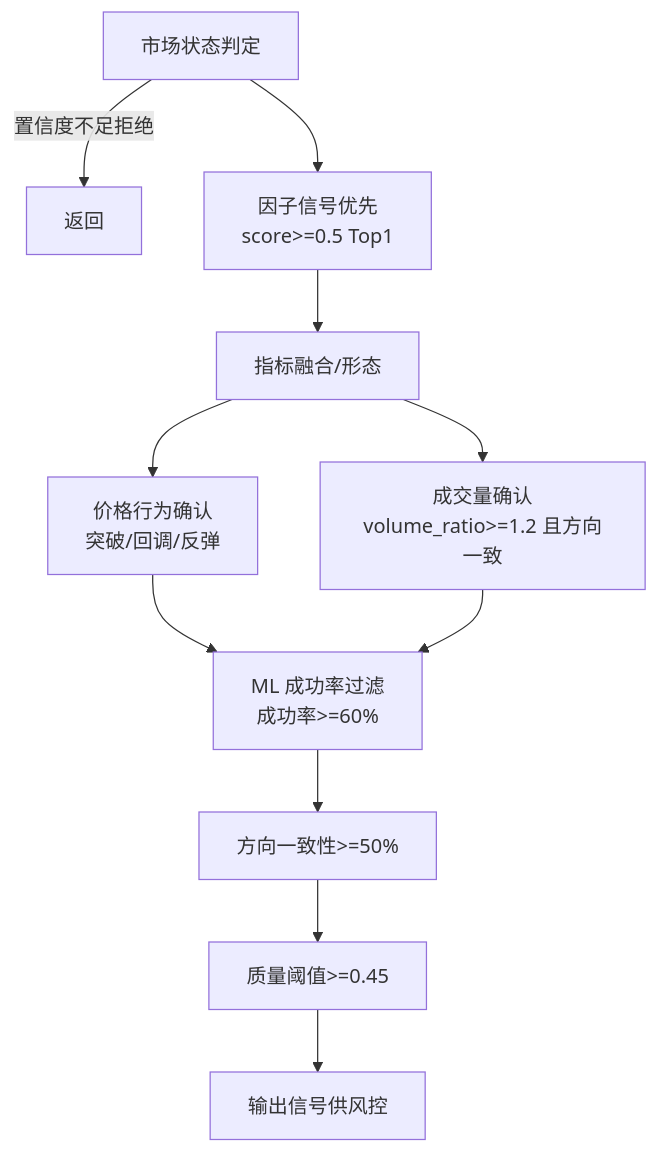
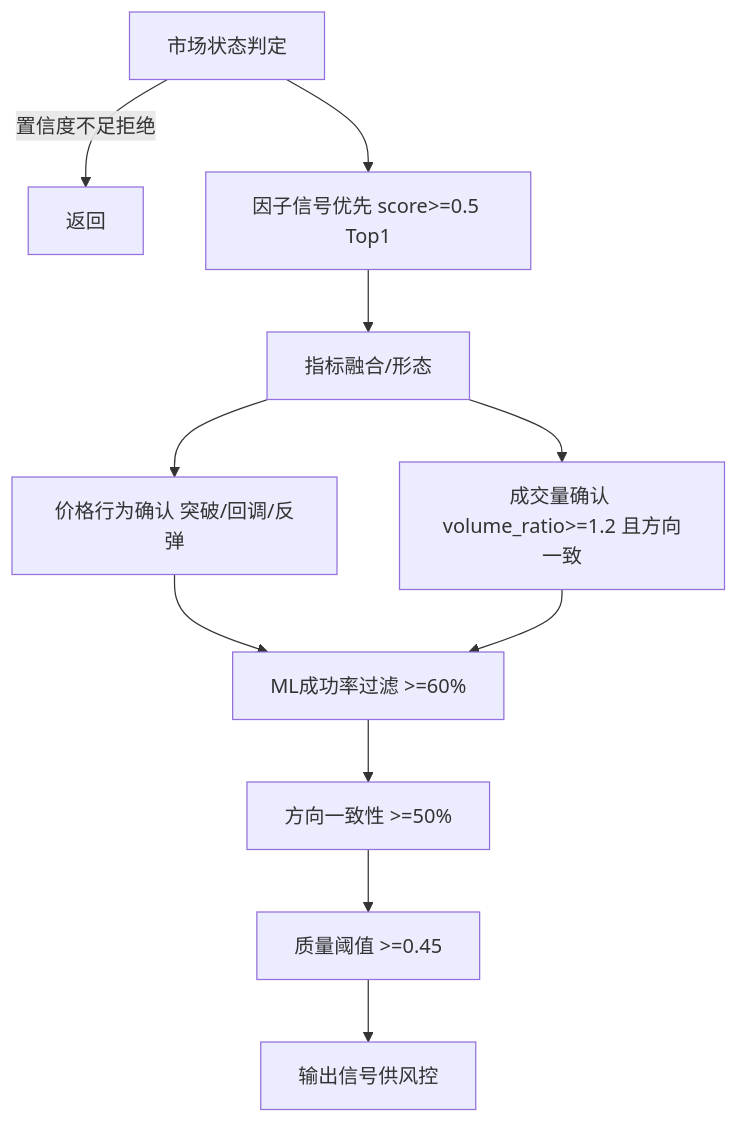
One commit to KFoker/TRADINGTRADING changed the second of 2 diagrams in PROCES/STRATEGY_README.md. Above: the diagram before and after it, drawn with Mermaid. The commit also changed other lines of this file, not shown here.

````diff
--- a/PROCES/STRATEGY_README.md
+++ b/PROCES/STRATEGY_README.md
@@ -87,13 +99,13 @@
 ```mermaid
 flowchart TD
   S1[市场状态判定] -->|置信度不足拒绝| S1X[返回]
-  S1 --> S2[因子信号优先<br/>score>=0.5 Top1]
+  S1 --> S2[因子信号优先 score>=0.5 Top1]
   S2 --> S3[指标融合/形态]
-  S3 --> S4[价格行为确认<br/>突破/回调/反弹]
-  S3 --> S5[成交量确认<br/>volume_ratio>=1.2 且方向一致]
-  S4 --> S6[ML 成功率过滤<br/>成功率>=60%]
+  S3 --> S4[价格行为确认 突破/回调/反弹]
+  S3 --> S5[成交量确认 volume_ratio>=1.2 且方向一致]
+  S4 --> S6[ML成功率过滤 >=60%]
   S5 --> S6
-  S6 --> S7[方向一致性>=50%]
-  S7 --> S8[质量阈值>=0.45]
+  S6 --> S7[方向一致性 >=50%]
+  S7 --> S8[质量阈值 >=0.45]
   S8 --> S9[输出信号供风控]
 ```
````
